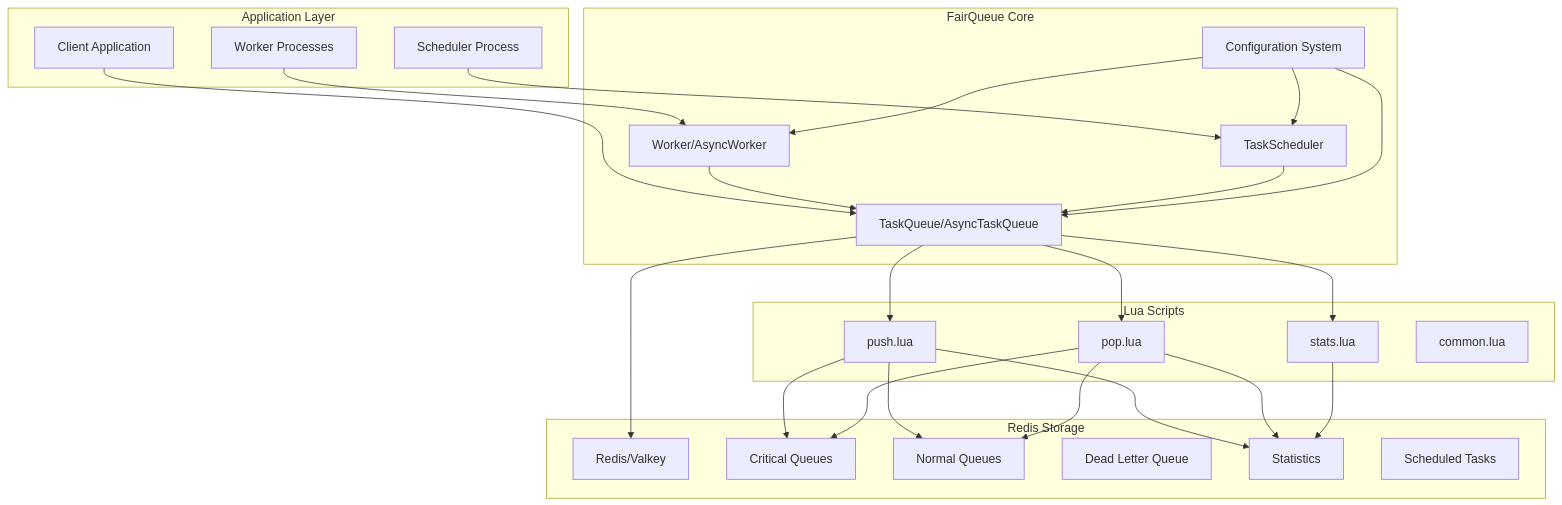
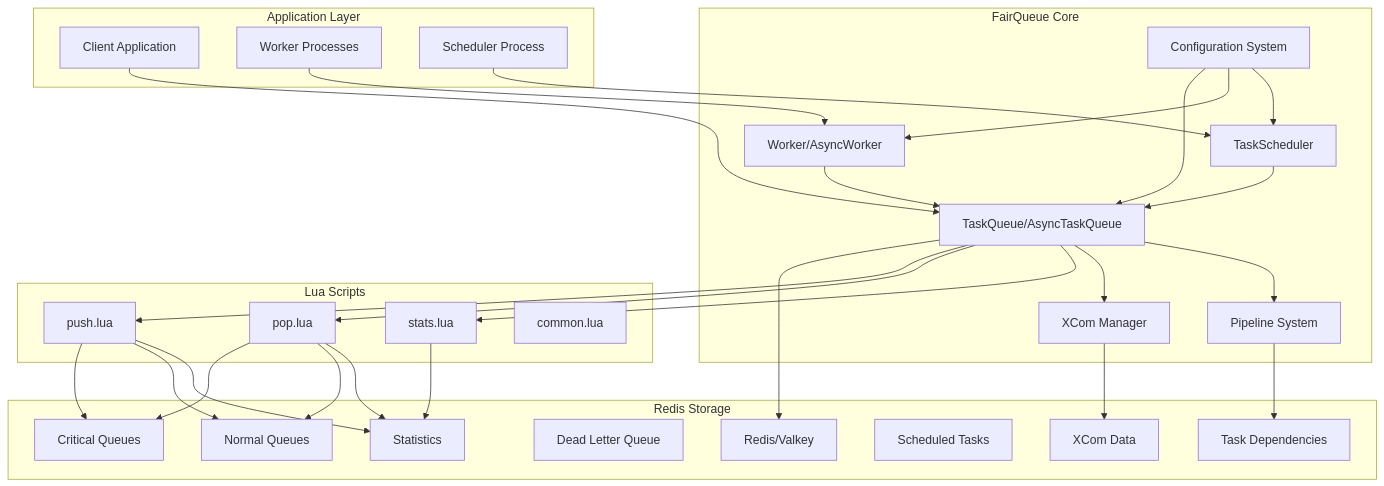
The first of 21 diagrams in docs/architecture.md (premana/fairque), drawn with Mermaid before and after one commit. The commit also changed other lines of this file and 4 other files, not shown here.

Commit message:
feat: Add comprehensive documentation for task dependencies, pipeline operators, and scheduling features

````diff
--- a/docs/architecture.md
+++ b/docs/architecture.md
@@ -29,54 +34,63 @@
 ```mermaid
 graph TB
     subgraph "Application Layer"
         A[Client Application]
         W[Worker Processes]
         S[Scheduler Process]
     end
     
     subgraph "FairQueue Core"
         TQ[TaskQueue/AsyncTaskQueue]
         WR[Worker/AsyncWorker]
         SC[TaskScheduler]
         CFG[Configuration System]
+        XC[XCom Manager]
+        PL[Pipeline System]
     end
     
     subgraph "Redis Storage"
         R[Redis/Valkey]
         CQ[Critical Queues]
         NQ[Normal Queues]
         DLQ[Dead Letter Queue]
         ST[Statistics]
         SCH[Scheduled Tasks]
+        XCM[XCom Data]
+        DEP[Task Dependencies]
     end
     
     subgraph "Lua Scripts"
         PS[push.lua]
         POP[pop.lua]
         STATS[stats.lua]
         COMMON[common.lua]
     end
     
     A --> TQ
     W --> WR
     S --> SC
     TQ --> R
     WR --> TQ
     SC --> TQ
     
     TQ --> PS
     TQ --> POP
     TQ --> STATS
     
     PS --> CQ
     PS --> NQ
     PS --> ST
     POP --> CQ
     POP --> NQ
     POP --> ST
     STATS --> ST
     
     CFG --> TQ
     CFG --> WR
     CFG --> SC
+    
+    TQ --> XC
+    TQ --> PL
+    XC --> XCM
+    PL --> DEP
 ```
````
